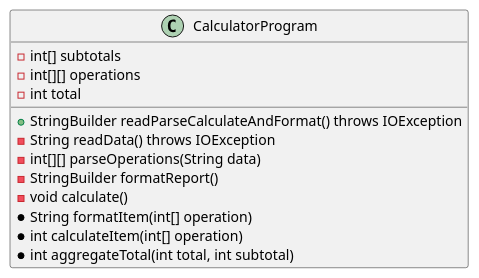
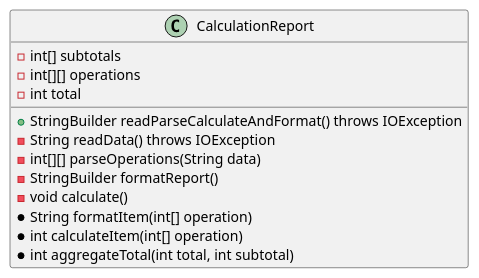
The diagram in docs/calculatorprogram-v1.puml (jonasbha/SOLID), drawn with PlantUML before and after one commit. The commit also changed 4 other files, not shown here.

Commit message:
Renamed CalculatorProgram to CalculationReport

```diff
--- a/docs/calculatorprogram-v1.puml
+++ b/docs/calculatorprogram-v1.puml
@@ -1,18 +1,18 @@
 @startuml
 
-class CalculatorProgram {
+class CalculationReport {
     - int[] subtotals
     - int[][] operations
     - int total
 
     + StringBuilder readParseCalculateAndFormat() throws IOException
     - String readData() throws IOException
     - int[][] parseOperations(String data)
     - StringBuilder formatReport()
     - void calculate()
     * String formatItem(int[] operation) 
     * int calculateItem(int[] operation)
     * int aggregateTotal(int total, int subtotal)
 }
 
 @enduml
```
